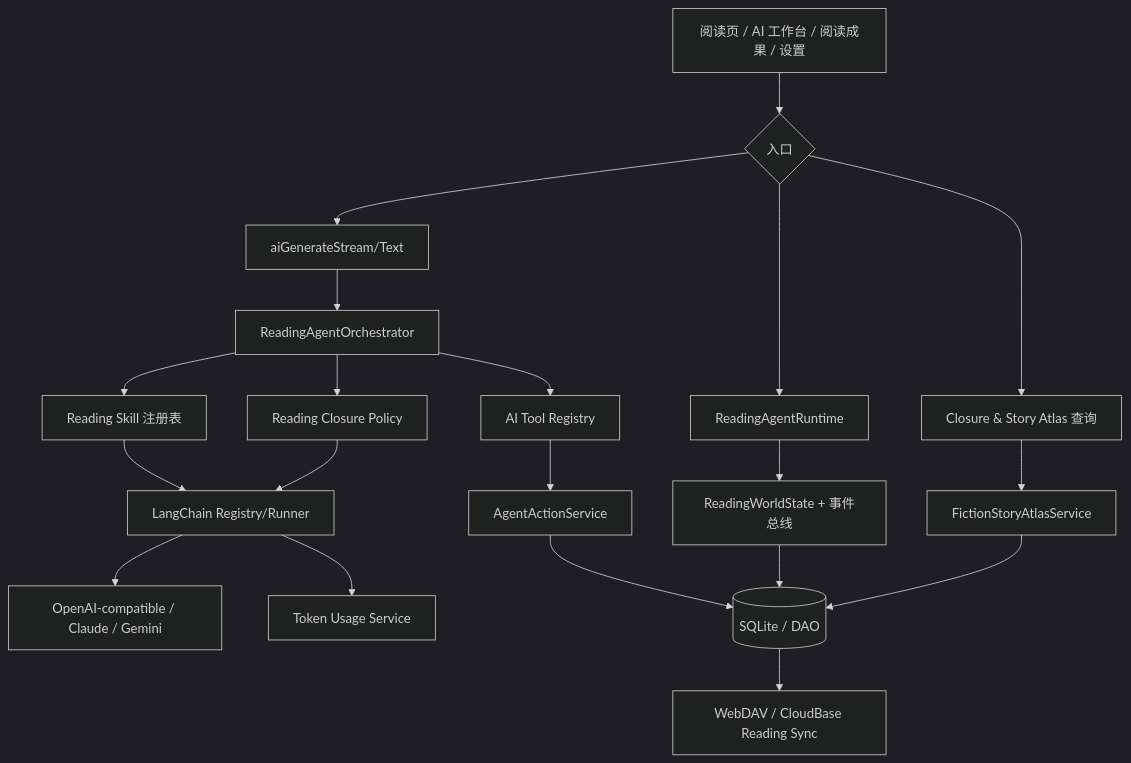
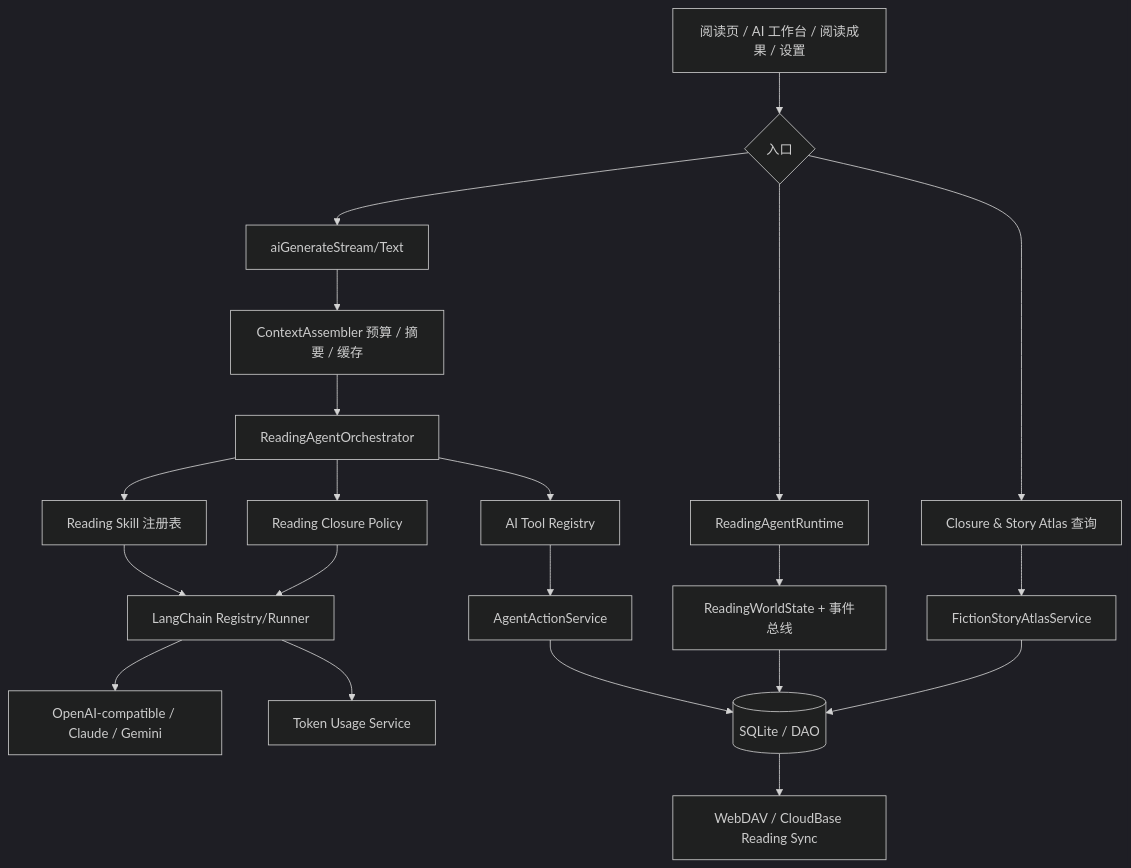
The diagram in docs/architecture/ai-architecture.md (AceInAndroid/anx-reader), drawn with Mermaid (dark theme) before and after one commit. The commit also changed other lines of this file and 10 other files, not shown here.

````diff
--- a/docs/architecture/ai-architecture.md
+++ b/docs/architecture/ai-architecture.md
@@ -17,22 +17,23 @@
 ```mermaid
 flowchart TD
   UI[阅读页 / AI 工作台 / 阅读成果 / 设置] --> Entry{入口}
   Entry --> Chat[aiGenerateStream/Text]
   Entry --> Runtime[ReadingAgentRuntime]
   Entry --> Outcomes[Closure & Story Atlas 查询]
-  Chat --> Orchestrator[ReadingAgentOrchestrator]
+  Chat --> Context[ContextAssembler 预算 / 摘要 / 缓存]
+  Context --> Orchestrator[ReadingAgentOrchestrator]
   Runtime --> World[ReadingWorldState + 事件总线]
   Orchestrator --> Skill[Reading Skill 注册表]
   Orchestrator --> Policy[Reading Closure Policy]
   Orchestrator --> Tools[AI Tool Registry]
   Skill --> Runner[LangChain Registry/Runner]
   Policy --> Runner
   Tools --> Action[AgentActionService]
   Runner --> Provider[OpenAI-compatible / Claude / Gemini]
   Runner --> Usage[Token Usage Service]
   World --> SQLite[(SQLite / DAO)]
   Action --> SQLite
   Outcomes --> Atlas[FictionStoryAtlasService]
   Atlas --> SQLite
   SQLite --> Sync[WebDAV / CloudBase Reading Sync]
 ```
````
